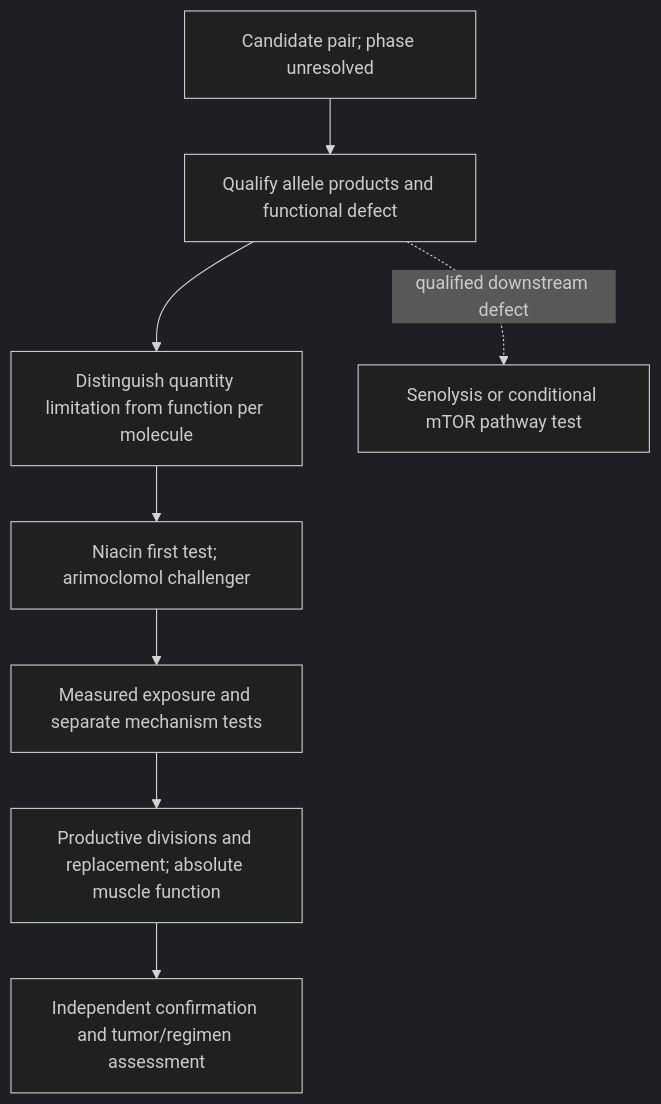
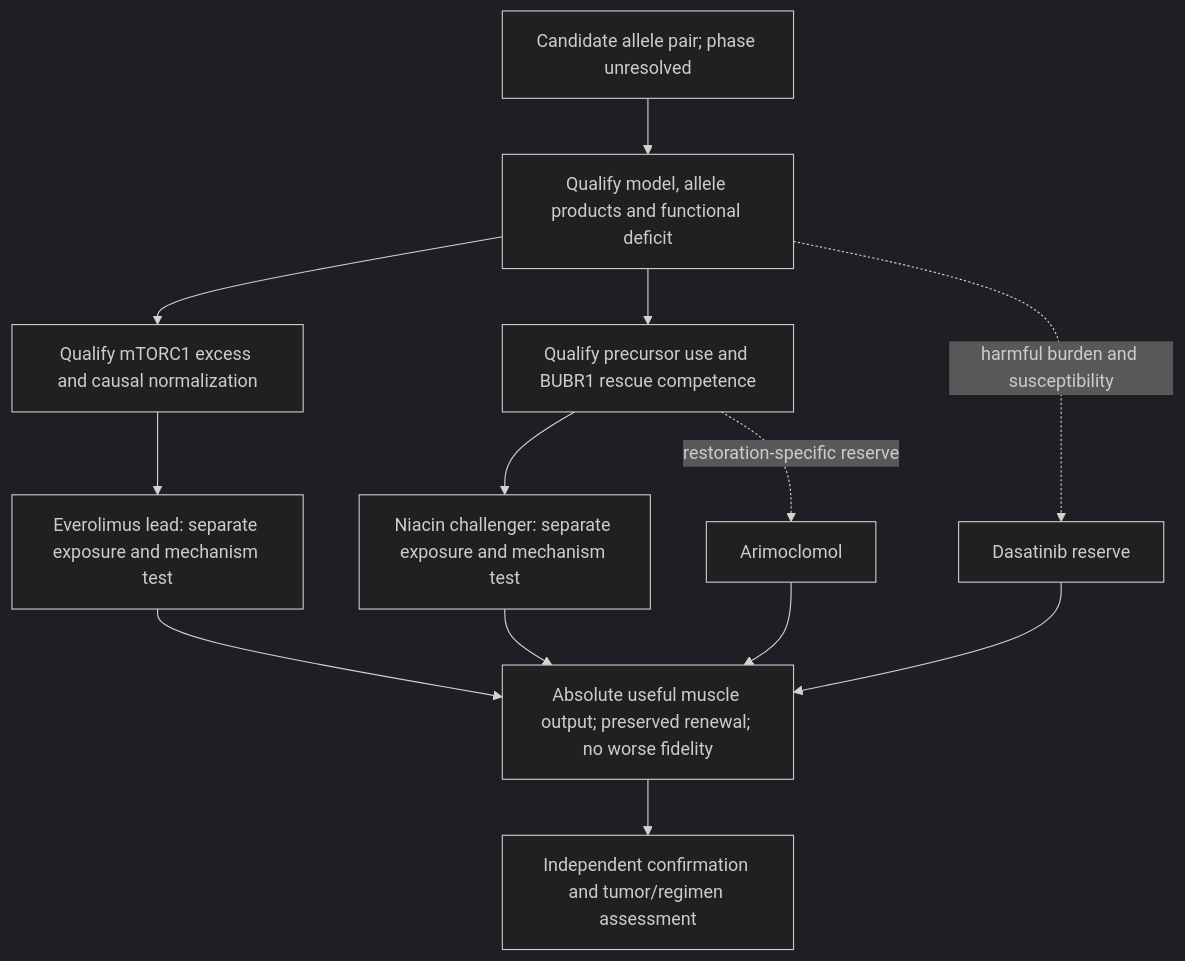
Before and after one commit to EternaPeptix/mva-hackathon: the diagram in reports/appendices/track2-evidence-pipeline.md, drawn with Mermaid (dark theme). The commit also changed other lines of this file and 10 other files, not shown here.

Commit message:
Select everolimus and niacin for the Track 2 hypothesis comparison

````diff
--- a/reports/appendices/track2-evidence-pipeline.md
+++ b/reports/appendices/track2-evidence-pipeline.md
@@ -42,10 +50,15 @@
 ```mermaid
 flowchart TD
-    G[Candidate pair; phase unresolved] --> A[Qualify allele products and functional defect]
-    A --> Q[Distinguish quantity limitation from function per molecule]
-    Q --> D[Niacin first test; arimoclomol challenger]
-    D --> E[Measured exposure and separate mechanism tests]
-    E --> F[Productive divisions and replacement; absolute muscle function]
+    G[Candidate allele pair; phase unresolved] --> A[Qualify model, allele products and functional deficit]
+    A --> M[Qualify mTORC1 excess and causal normalization]
+    A --> R[Qualify precursor use and BUBR1 rescue competence]
+    M --> E[Everolimus lead: separate exposure and mechanism test]
+    R --> N[Niacin challenger: separate exposure and mechanism test]
+    E --> F[Absolute useful muscle output; preserved renewal; no worse fidelity]
+    N --> F
     F --> C[Independent confirmation and tumor/regimen assessment]
-    A -. qualified downstream defect .-> S[Senolysis or conditional mTOR pathway test]
+    R -. restoration-specific reserve .-> H[Arimoclomol]
+    A -. harmful burden and susceptibility .-> S[Dasatinib reserve]
+    H --> F
+    S --> F
 ```
````
